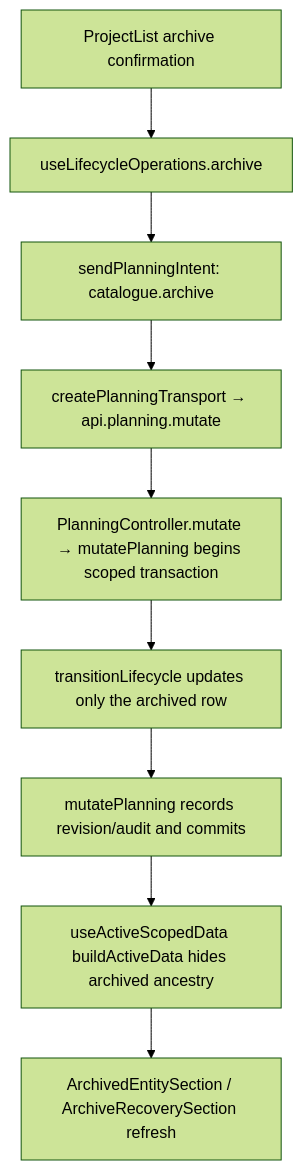
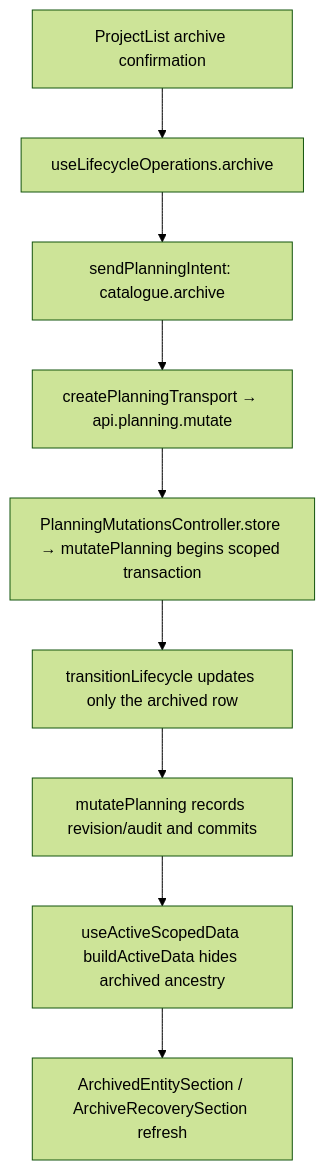
The second of 2 diagrams in user-stories/projects/US-PRJ-03-archive-project.md (Kevinjohn/capacitylens), drawn with Mermaid (forest theme) before and after one commit. The commit also changed other lines of this file and 139 other files, not shown here.

````diff
--- a/user-stories/projects/US-PRJ-03-archive-project.md
+++ b/user-stories/projects/US-PRJ-03-archive-project.md
@@ -30,7 +30,7 @@
 ```mermaid
 flowchart TD
   A["ProjectList archive confirmation"] --> B["useLifecycleOperations.archive"] --> C["sendPlanningIntent: catalogue.archive"]
-  C --> D["createPlanningTransport → api.planning.mutate"] --> E["PlanningController.mutate → mutatePlanning begins scoped transaction"]
+  C --> D["createPlanningTransport → api.planning.mutate"] --> E["PlanningMutationsController.store → mutatePlanning begins scoped transaction"]
   E --> F["transitionLifecycle updates only the archived row"] --> K["mutatePlanning records revision/audit and commits"] --> F2["useActiveScopedData buildActiveData hides archived ancestry"]
   F2 --> H["ArchivedEntitySection / ArchiveRecoverySection refresh"]
 ```
````
